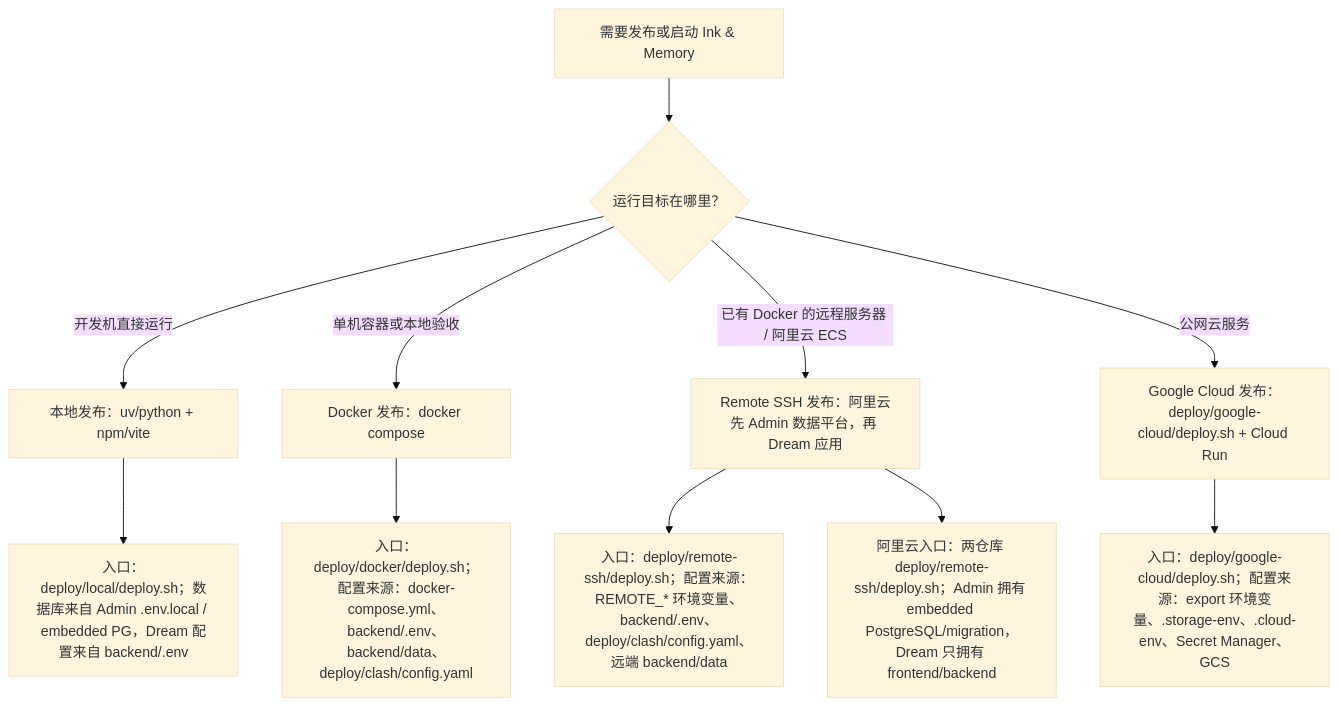
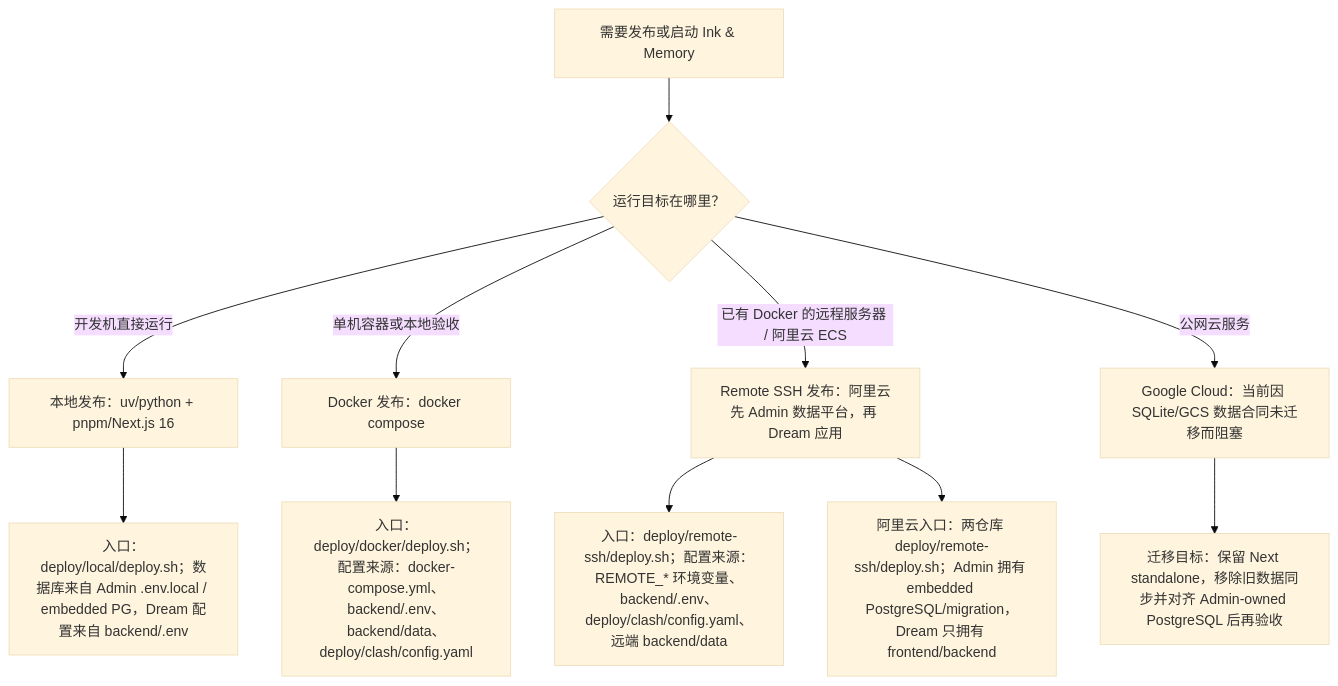
Before and after one commit to glide-the/im-dream: the diagram in docs/deploy/README.md, drawn with Mermaid (base theme). The commit also changed other lines of this file and 106 other files, not shown here.

Commit message:
docs: align Dream architecture with Next workspace

````diff
--- a/docs/deploy/README.md
+++ b/docs/deploy/README.md
@@ -61,13 +64,13 @@
 ```mermaid
 flowchart TD
   A["需要发布或启动 Ink & Memory"] --> B{"运行目标在哪里？"}
-  B -->|"开发机直接运行"| C["本地发布：uv/python + npm/vite"]
+  B -->|"开发机直接运行"| C["本地发布：uv/python + pnpm/Next.js 16"]
   B -->|"单机容器或本地验收"| D["Docker 发布：docker compose"]
   B -->|"已有 Docker 的远程服务器 / 阿里云 ECS"| R["Remote SSH 发布：阿里云先 Admin 数据平台，再 Dream 应用"]
-  B -->|"公网云服务"| E["Google Cloud 发布：deploy/google-cloud/deploy.sh + Cloud Run"]
+  B -->|"公网云服务"| E["Google Cloud：当前因 SQLite/GCS 数据合同未迁移而阻塞"]
   C --> F["入口：deploy/local/deploy.sh；数据库来自 Admin .env.local / embedded PG，Dream 配置来自 backend/.env"]
   D --> G["入口：deploy/docker/deploy.sh；配置来源：docker-compose.yml、backend/.env、backend/data、deploy/clash/config.yaml"]
   R --> I["入口：deploy/remote-ssh/deploy.sh；配置来源：REMOTE_* 环境变量、backend/.env、deploy/clash/config.yaml、远端 backend/data"]
   R --> J["阿里云入口：两仓库 deploy/remote-ssh/deploy.sh；Admin 拥有 embedded PostgreSQL/migration，Dream 只拥有 frontend/backend"]
-  E --> H["入口：deploy/google-cloud/deploy.sh；配置来源：export 环境变量、.storage-env、.cloud-env、Secret Manager、GCS"]
+  E --> H["迁移目标：保留 Next standalone，移除旧数据同步并对齐 Admin-owned PostgreSQL 后再验收"]
 ```
````
